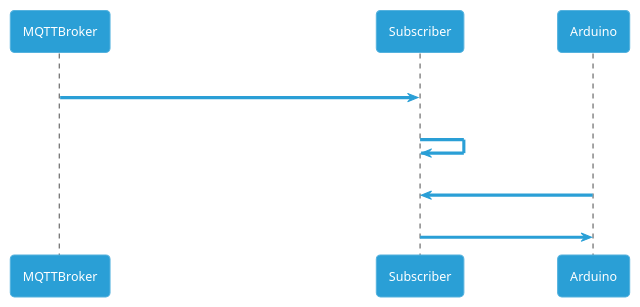
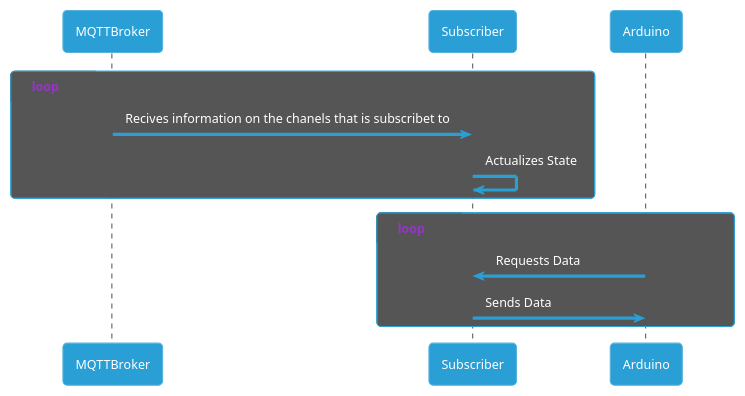
The fifth of 5 diagrams in docs/docs/plantuml.org (Oriolac/seu), drawn with PlantUML before and after one commit. The commit also changed other lines of this file and 2 other files, not shown here.

```diff
--- a/docs/docs/plantuml.org
+++ b/docs/docs/plantuml.org
@@ -49,8 +60,11 @@
 #+begin_src plantuml :file img/arduino-esp.png :dir .
 !theme cyborg
+loop
 MQTTBroker -> Subscriber : Recives information on the chanels that is subscribet to
 Subscriber -> Subscriber : Actualizes State
+end
+loop
 Arduino -> Subscriber : Requests Data
 Subscriber -> Arduino : Sends Data
-
+end
 #+end_src
```
